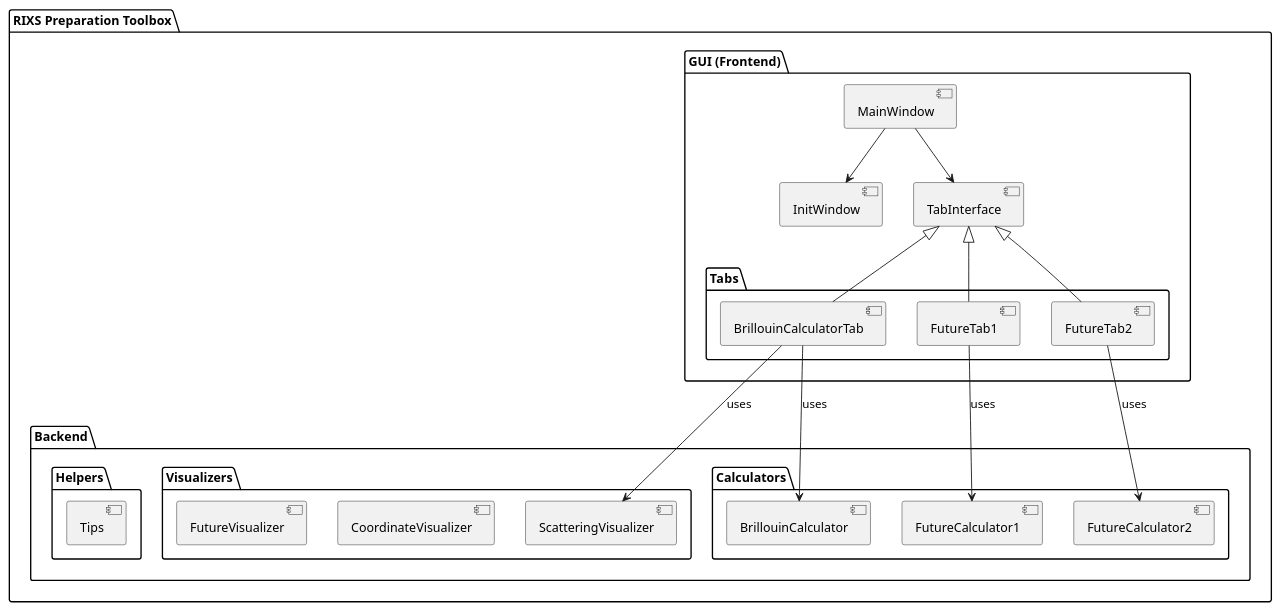
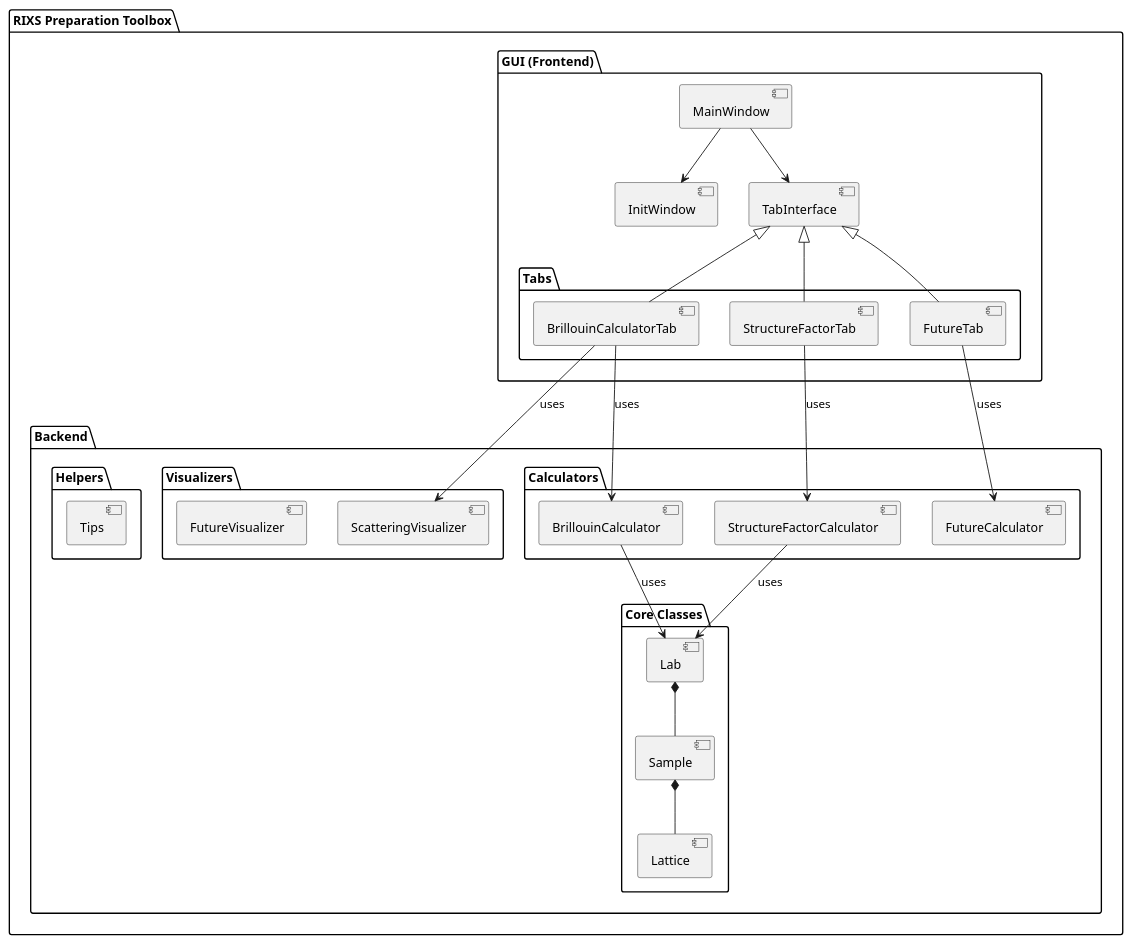
Before and after one commit to HongXunyang/rixs_pre_toolbox: the diagram in uml/project_structure.puml, drawn with PlantUML. The commit also changed 11 other files, not shown here.

Commit message:
structure_factor_visualizer added

```diff
--- a/uml/project_structure.puml
+++ b/uml/project_structure.puml
@@ -1,49 +1,62 @@
 @startuml RIXS Preparation Toolbox Structure
 
 package "RIXS Preparation Toolbox" {
   
   package "GUI (Frontend)" {
     [MainWindow]
     [InitWindow]
     [TabInterface]
     
     package "Tabs" {
       [BrillouinCalculatorTab]
-      [FutureTab1]
-      [FutureTab2]
+      [StructureFactorTab]
+      [FutureTab]
     }
   }
   
   package "Backend" {
     package "Calculators" {
       [BrillouinCalculator]
-      [FutureCalculator1]
-      [FutureCalculator2]
+      [StructureFactorCalculator]
+      [FutureCalculator]
     }
     
     package "Visualizers" {
       [ScatteringVisualizer]
-      [CoordinateVisualizer]
       [FutureVisualizer]
     }
     
     package "Helpers" {
       [Tips]
     }
+
+    package "Core Classes" {
+      [Lab]
+      [Sample]
+      [Lattice]
+    }
   }
   
   [TabInterface] <|-- [BrillouinCalculatorTab]
-  [TabInterface] <|-- [FutureTab1]
-  [TabInterface] <|-- [FutureTab2]
+  [TabInterface] <|-- [StructureFactorTab]
+  [TabInterface] <|-- [FutureTab]
   
   [MainWindow] --> [TabInterface]
   [MainWindow] --> [InitWindow]
   
   [BrillouinCalculatorTab] --> [BrillouinCalculator] : uses
   [BrillouinCalculatorTab] --> [ScatteringVisualizer] : uses
   
-  [FutureTab1] --> [FutureCalculator1] : uses
-  [FutureTab2] --> [FutureCalculator2] : uses
+
+  [StructureFactorTab] --> [StructureFactorCalculator] : uses
+  
+  [BrillouinCalculator] --> [Lab] : uses
+  [StructureFactorCalculator] --> [Lab] : uses
+  
+  [FutureTab] --> [FutureCalculator] : uses
+
+  [Lab] *-- [Sample] 
+  [Sample] *-- [Lattice]
 }
 
 @enduml 
```
